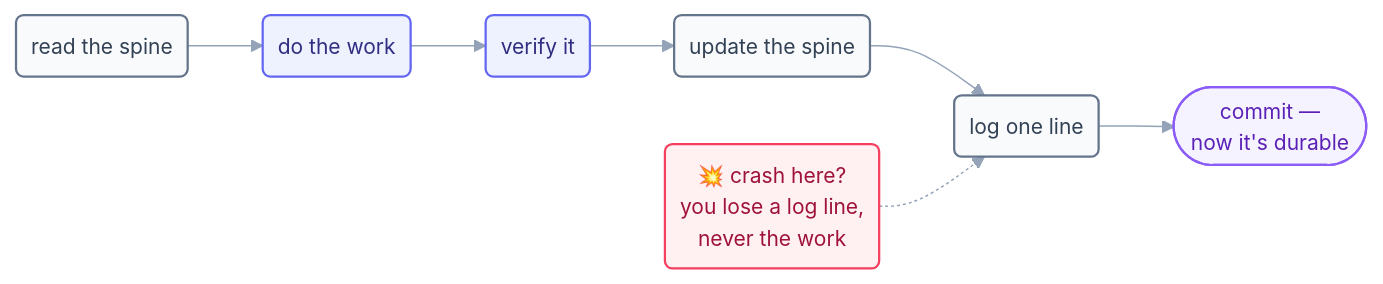
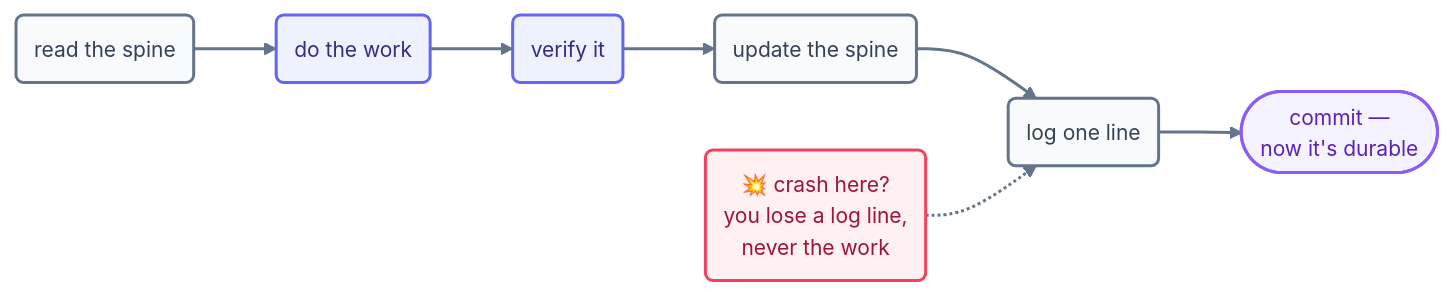
One commit to ayeshakhalid192007-dev/LoopEngineering-CrashCourse changed the first of 2 diagrams in docs/06-part-4-the-spine/12-state-between-runs.md. Above: the diagram before and after it, drawn with Mermaid. The commit also changed other lines of this file and 66 other files, not shown here.

First line of the commit message:
docs(diagrams): bolden and unify all 70 mermaid diagrams

````diff
--- a/docs/06-part-4-the-spine/12-state-between-runs.md
+++ b/docs/06-part-4-the-spine/12-state-between-runs.md
@@ -44,11 +44,12 @@
 ```mermaid
-%%{init: {'theme':'base','themeVariables':{'fontFamily':'ui-sans-serif, system-ui, sans-serif','fontSize':'14px','lineColor':'#94a3b8'},'flowchart':{'curve':'basis','nodeSpacing':45,'rankSpacing':50,'padding':10}}}%%
+%%{init: {'theme':'base','themeVariables':{'fontFamily':'ui-sans-serif, system-ui, sans-serif','fontSize':'14px','lineColor':'#64748b','edgeLabelBackground':'#f8fafc'},'flowchart':{'curve':'basis','nodeSpacing':45,'rankSpacing':55,'padding':12}}}%%
 flowchart LR
     RD("read the spine"):::file --> WK("do the work"):::beat --> VF("verify it"):::beat
     VF --> UP("update the spine"):::file --> LG("log one line"):::file --> CM(["commit —<br/>now it's durable"]):::cfg
     CR("💥 crash here?<br/>you lose a log line,<br/>never the work"):::crash -.-> LG
-    classDef file fill:#f8fafc,stroke:#64748b,stroke-width:1.5px,color:#334155;
-    classDef beat fill:#eef2ff,stroke:#6366f1,stroke-width:1.5px,color:#312e81;
-    classDef cfg fill:#f5f3ff,stroke:#8b5cf6,stroke-width:1.5px,color:#5b21b6;
-    classDef crash fill:#fff1f2,stroke:#f43f5e,stroke-width:1.5px,color:#9f1239;
+    linkStyle default stroke:#64748b,stroke-width:2px;
+    classDef file fill:#f8fafc,stroke:#64748b,stroke-width:2px,color:#334155;
+    classDef beat fill:#eef2ff,stroke:#6366f1,stroke-width:2px,color:#312e81;
+    classDef cfg fill:#f5f3ff,stroke:#8b5cf6,stroke-width:2px,color:#5b21b6;
+    classDef crash fill:#fff1f2,stroke:#f43f5e,stroke-width:2px,color:#9f1239;
 ```
````
